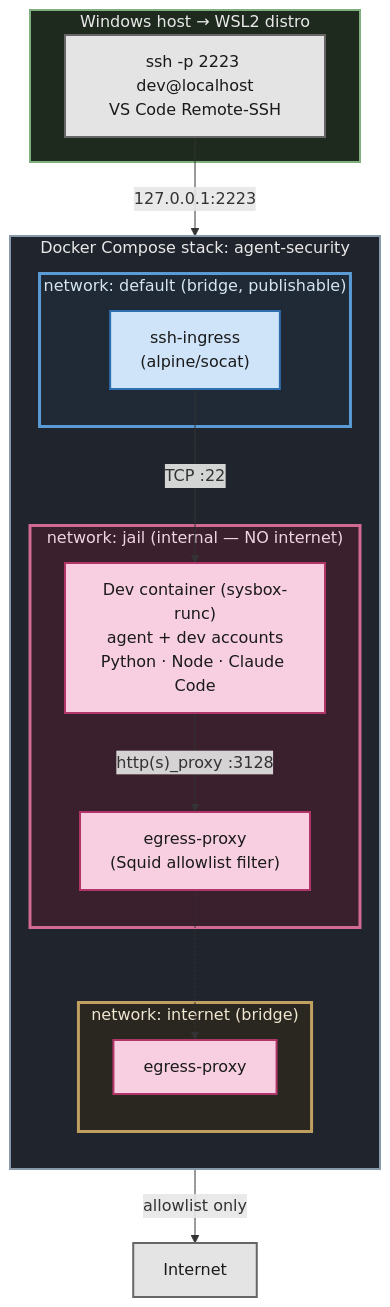
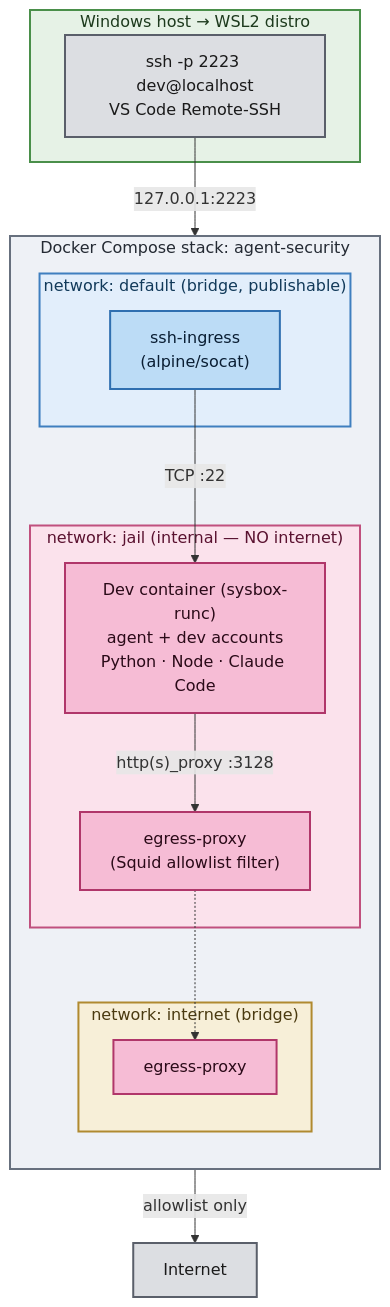
The diagram in README.md (glebshur/agent-security), drawn with Mermaid before and after one commit. The commit also changed other lines of this file and 3 other files, not shown here.

First line of the commit message:
docs: add git-auth note, theme-proof diagram, trim docker comments

````diff
--- a/README.md
+++ b/README.md
@@ -25,45 +25,49 @@
 ```mermaid
 flowchart TB
     subgraph host["Windows host → WSL2 distro"]
         win["ssh -p 2223 dev@localhost<br/>VS Code Remote-SSH"]
     end
 
     subgraph compose["Docker Compose stack: agent-security"]
         direction TB
 
         subgraph net_default["network: default (bridge, publishable)"]
             ingress["ssh-ingress<br/>(alpine/socat)"]
         end
 
         subgraph net_jail["network: jail (internal — NO internet)"]
             dev["Dev container (sysbox-runc)<br/>agent + dev accounts<br/>Python · Node · Claude Code"]
             proxy["egress-proxy<br/>(Squid allowlist filter)"]
         end
 
         subgraph net_internet["network: internet (bridge)"]
             proxy2["egress-proxy"]
         end
     end
 
     inet["Internet"]
 
     win -- "127.0.0.1:2223" --> ingress
     ingress -- "TCP :22" --> dev
     dev -- "http(s)_proxy :3128" --> proxy
     proxy -.-> proxy2
     proxy2 -- "allowlist only" --> inet
 
-    classDef jail fill:#f8cfe0,stroke:#b0366a,stroke-width:2px,color:#1a1a1a;
-    classDef pub fill:#cfe4f8,stroke:#2f6fb0,stroke-width:2px,color:#1a1a1a;
-    classDef ext fill:#e4e4e4,stroke:#666,stroke-width:2px,color:#1a1a1a;
+    %% Nodes: deeper pastel fills with dark text so they contrast against the
+    %% lighter group boxes below and stay readable on any page background.
+    classDef jail fill:#f6bcd5,stroke:#b0366a,stroke-width:2px,color:#2a0a18;
+    classDef pub fill:#bcdcf6,stroke:#2f6fb0,stroke-width:2px,color:#0a1e33;
+    classDef ext fill:#dcdee2,stroke:#5a5f6a,stroke-width:2px,color:#1a1a1a;
     class dev,proxy,proxy2 jail;
     class ingress pub;
     class inet,win ext;
 
-    %% network / grouping boundaries
-    style host fill:#1f2a1f,stroke:#7fae7f,stroke-width:2px,color:#e8e8e8;
-    style compose fill:#20242c,stroke:#8899aa,stroke-width:2px,color:#e8e8e8;
-    style net_jail fill:#3a1f2c,stroke:#d06a92,stroke-width:3px,color:#f0d5e0;
-    style net_default fill:#1f2a36,stroke:#5a9bd6,stroke-width:3px,color:#d5e6f0;
-    style net_internet fill:#2a2620,stroke:#c0a060,stroke-width:3px,color:#efe6d0;
+    %% Group boundaries: light fills + dark title text. Keeping every box light
+    %% means the page background (GitHub light OR dark) only frames the diagram,
+    %% while edges and edge-labels keep their theme-default colors and stay legible.
+    style host fill:#e6f2e6,stroke:#4a8f4a,stroke-width:2px,color:#1d3a1d;
+    style compose fill:#eef1f6,stroke:#67707e,stroke-width:2px,color:#242a33;
+    style net_jail fill:#fbe2ec,stroke:#c0507e,stroke-width:2px,color:#5a1230;
+    style net_default fill:#e2eefb,stroke:#3f7fbf,stroke-width:2px,color:#123a5a;
+    style net_internet fill:#f7efd8,stroke:#b08a30,stroke-width:2px,color:#4a3a10;
 ```
````
